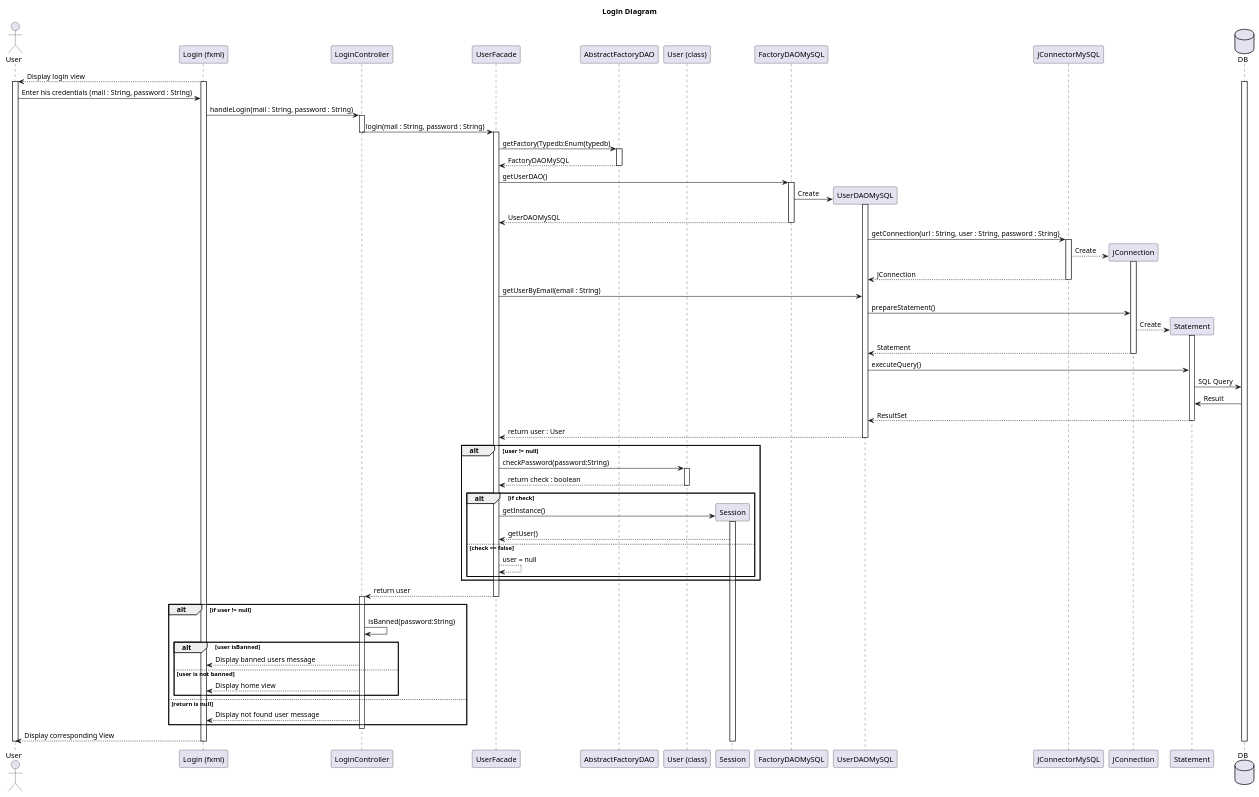
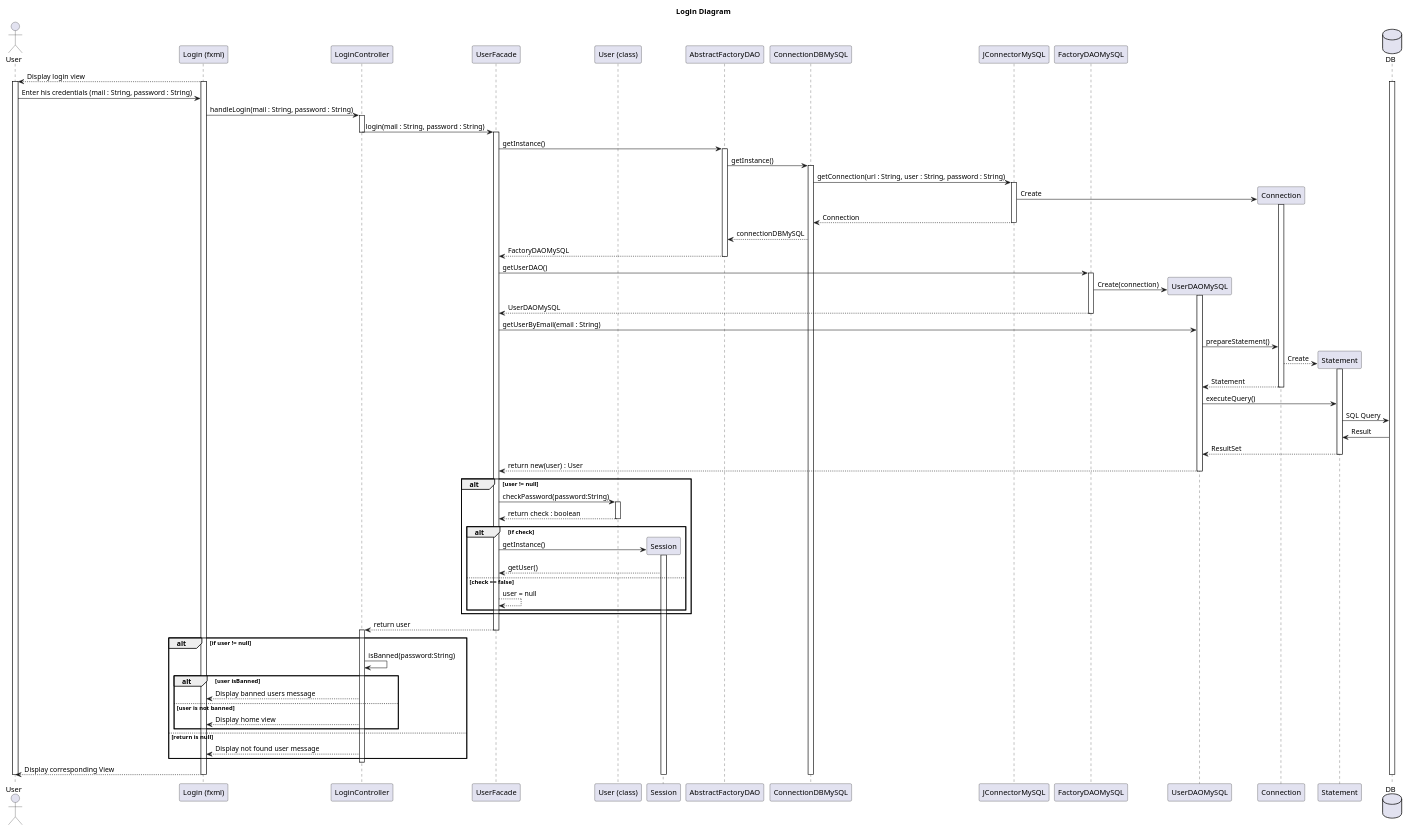
One commit to LaunoisRemy/ToolShare changed the diagram in documents/diagram/login/loginSequence.puml. Above: the diagram before and after it, drawn with PlantUML. The commit also changed 2 other files, not shown here.

Commit message:
Change : class and sequence diagram

```diff
--- a/documents/diagram/login/loginSequence.puml
+++ b/documents/diagram/login/loginSequence.puml
@@ -1,146 +1,152 @@
 @startuml
 title Login Diagram
 
 actor User
 participant "Login (fxml)"
 participant LoginController
 participant UserFacade
-participant AbstractFactoryDAO
 participant "User (class)"
 participant Session
+participant AbstractFactoryDAO
+participant ConnectionDBMySQL
+participant JConnectorMySQL
 participant FactoryDAOMySQL
 participant UserDAOMySQL
-participant JConnectorMySQL
-participant JConnection
+participant Connection
 participant Statement
 database DB
 
 
 "Login (fxml)"-->User: Display login view
 
 activate "Login (fxml)"
 activate User
 activate DB
 
 
 User->"Login (fxml)":Enter his credentials (mail : String, password : String)
 
 "Login (fxml)"->LoginController: handleLogin(mail : String, password : String)
 
 activate LoginController
 
 LoginController->UserFacade:login(mail : String, password : String)
 
 deactivate LoginController
 
 activate UserFacade
 
-UserFacade->AbstractFactoryDAO:getFactory(Typedb:Enum(typedb)
+UserFacade->AbstractFactoryDAO:getInstance()
+activate AbstractFactoryDAO
 
-activate AbstractFactoryDAO
+AbstractFactoryDAO -> ConnectionDBMySQL : getInstance()
+
+activate ConnectionDBMySQL
+
+
+ConnectionDBMySQL->JConnectorMySQL: getConnection(url : String, user : String, password : String)
+
+activate JConnectorMySQL
+
+JConnectorMySQL -> Connection **: Create
+
+activate Connection
+JConnectorMySQL-->ConnectionDBMySQL: Connection
+
+deactivate JConnectorMySQL
+AbstractFactoryDAO <-- ConnectionDBMySQL : connectionDBMySQL
+
 
 AbstractFactoryDAO--> UserFacade : FactoryDAOMySQL
 deactivate AbstractFactoryDAO
 
 UserFacade -> FactoryDAOMySQL:getUserDAO()
 
 activate FactoryDAOMySQL
 
-FactoryDAOMySQL->UserDAOMySQL **:Create
+FactoryDAOMySQL->UserDAOMySQL **:Create(connection)
 
 activate UserDAOMySQL
-
 FactoryDAOMySQL-->UserFacade:UserDAOMySQL
 
 deactivate FactoryDAOMySQL
 
-UserDAOMySQL->JConnectorMySQL: getConnection(url : String, user : String, password : String)
-
-activate JConnectorMySQL
-
-JConnectorMySQL--> JConnection **: Create
-
-activate JConnection
-
-JConnectorMySQL-->UserDAOMySQL: JConnection
-
-deactivate JConnectorMySQL
-
 UserFacade->UserDAOMySQL: getUserByEmail(email : String)
 
-UserDAOMySQL->JConnection: prepareStatement()
+UserDAOMySQL->Connection: prepareStatement()
 
-JConnection-->Statement **: Create
+Connection-->Statement **: Create
 
 activate Statement
 
-JConnection-->UserDAOMySQL: Statement
+Connection-->UserDAOMySQL: Statement
 
-deactivate JConnection
+deactivate Connection
 
 UserDAOMySQL->Statement:executeQuery()
 
 Statement->DB: SQL Query
 
 DB->Statement:Result
 
 Statement-->UserDAOMySQL: ResultSet
 
 deactivate Statement
 
-UserDAOMySQL-->UserFacade: return user : User
+UserDAOMySQL-->UserFacade: return new(user) : User
 alt user != null
 
     deactivate UserDAOMySQL
     UserFacade->"User (class)": checkPassword(password:String)
     activate "User (class)"
     "User (class)"-->UserFacade: return check : boolean
     deactivate "User (class)"
 
     alt if check
         UserFacade->Session **: getInstance()
 
         activate Session
 
         Session-->UserFacade:getUser()
 
     else check == false
         UserFacade-->UserFacade: user = null
     end
 
 end
 
 UserFacade-->LoginController: return user
 
 deactivate UserFacade
 
 activate LoginController
 
 alt if user != null
 
 LoginController->LoginController:isBanned(password:String)
 
     alt user isBanned
 
         LoginController-->"Login (fxml)": Display banned users message
 
     else user is not banned
 
         LoginController-->"Login (fxml)": Display home view
     end
 
 else return is null
 
     LoginController-->"Login (fxml)": Display not found user message
 
 end
 
 deactivate LoginController
 
 "Login (fxml)"-->User: Display corresponding View
 deactivate "Login (fxml)"
 deactivate DB
 deactivate Session
 deactivate User
+deactivate ConnectionDBMySQL
 
 @enduml
```
